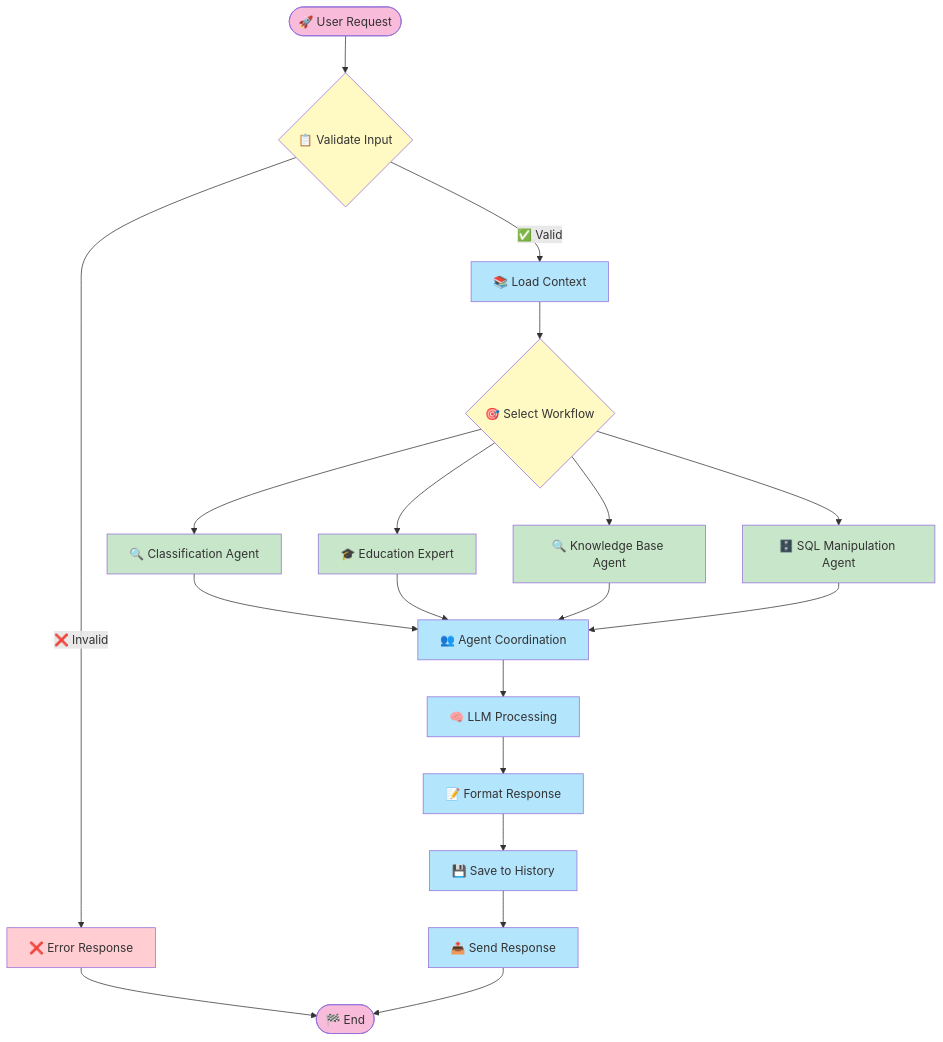
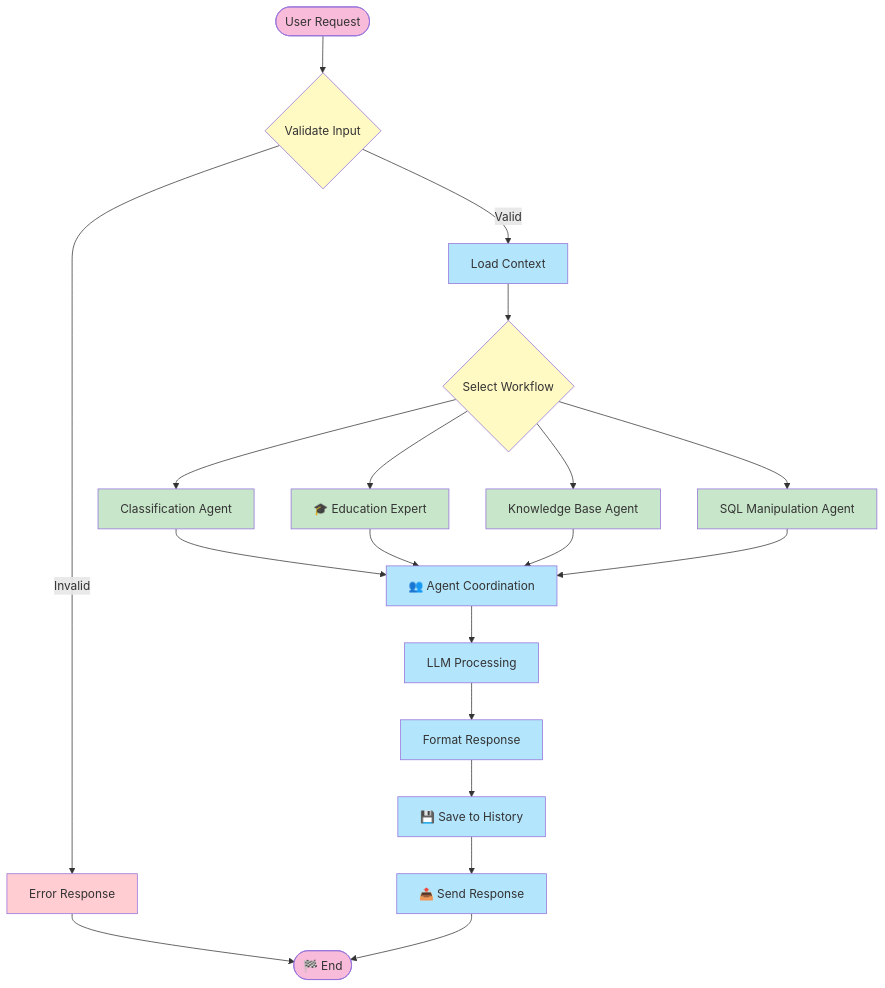
One commit to the-ingenious-dark-knight/Insight_Ingenious changed the sixth of 13 diagrams in docs/architecture/README.md. Above: the diagram before and after it, drawn with Mermaid. The commit also changed other lines of this file and 23 other files, not shown here.

````diff
--- a/docs/architecture/README.md
+++ b/docs/architecture/README.md
@@ -321,37 +321,37 @@
 ```mermaid
 flowchart TD
-    START([🚀 User Request]) --> INPUT_VALIDATION{📋 Validate Input}
-    INPUT_VALIDATION -->|✅ Valid| LOAD_CONTEXT[📚 Load Context]
-    INPUT_VALIDATION -->|❌ Invalid| ERROR_RESPONSE[❌ Error Response]
+    START([ User Request]) --> INPUT_VALIDATION{ Validate Input}
+    INPUT_VALIDATION -->| Valid| LOAD_CONTEXT[ Load Context]
+    INPUT_VALIDATION -->| Invalid| ERROR_RESPONSE[ Error Response]
 
-    LOAD_CONTEXT --> SELECT_WORKFLOW{🎯 Select Workflow}
-    SELECT_WORKFLOW --> CLASSIFICATION_WORKFLOW[🔍 Classification Agent]
+    LOAD_CONTEXT --> SELECT_WORKFLOW{ Select Workflow}
+    SELECT_WORKFLOW --> CLASSIFICATION_WORKFLOW[ Classification Agent]
     SELECT_WORKFLOW --> EDUCATION_WORKFLOW[🎓 Education Expert]
-    SELECT_WORKFLOW --> KNOWLEDGE_WORKFLOW[🔍 Knowledge Base Agent]
-    SELECT_WORKFLOW --> SQL_WORKFLOW[🗄️ SQL Manipulation Agent]
+    SELECT_WORKFLOW --> KNOWLEDGE_WORKFLOW[ Knowledge Base Agent]
+    SELECT_WORKFLOW --> SQL_WORKFLOW[ SQL Manipulation Agent]
 
     CLASSIFICATION_WORKFLOW --> AGENT_COORDINATION[👥 Agent Coordination]
     EDUCATION_WORKFLOW --> AGENT_COORDINATION
     KNOWLEDGE_WORKFLOW --> AGENT_COORDINATION
     SQL_WORKFLOW --> AGENT_COORDINATION
 
-    AGENT_COORDINATION --> LLM_PROCESSING[🧠 LLM Processing]
-    LLM_PROCESSING --> RESPONSE_FORMATTING[📝 Format Response]
+    AGENT_COORDINATION --> LLM_PROCESSING[ LLM Processing]
+    LLM_PROCESSING --> RESPONSE_FORMATTING[ Format Response]
     RESPONSE_FORMATTING --> SAVE_HISTORY[💾 Save to History]
     SAVE_HISTORY --> SEND_RESPONSE[📤 Send Response]
 
     ERROR_RESPONSE --> END([🏁 End])
     SEND_RESPONSE --> END
 
     classDef startEnd fill:#f8bbd9
     classDef process fill:#b3e5fc
     classDef decision fill:#fff9c4
     classDef workflow fill:#c8e6c9
     classDef error fill:#ffcdd2
 
     class START,END startEnd
     class LOAD_CONTEXT,AGENT_COORDINATION,LLM_PROCESSING,RESPONSE_FORMATTING,SAVE_HISTORY,SEND_RESPONSE process
     class INPUT_VALIDATION,SELECT_WORKFLOW decision
     class CLASSIFICATION_WORKFLOW,EDUCATION_WORKFLOW,KNOWLEDGE_WORKFLOW,SQL_WORKFLOW workflow
     class ERROR_RESPONSE error
 ```
````
